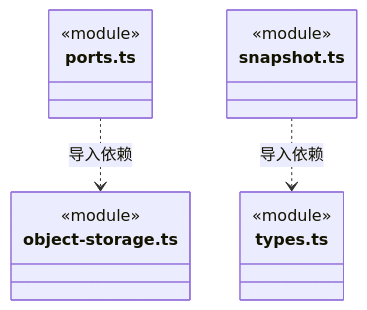
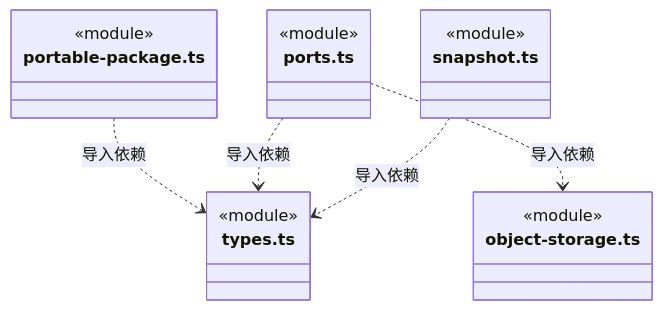
Diagram 18 of 18 in src/backend/core/knowledge/ARCHITECTURE.md (nan023062/cbim), drawn with Mermaid before and after one commit. The commit also changed other lines of this file and 240 other files, not shown here.

````diff
--- a/src/backend/core/knowledge/ARCHITECTURE.md
+++ b/src/backend/core/knowledge/ARCHITECTURE.md
@@ -341,17 +468,22 @@
 ```mermaid
 classDiagram
+class N_src_backend_core_knowledge_portable_package_ts["portable-package.ts"] {
+  <<module>>
+}
+class N_src_backend_core_knowledge_types_ts["types.ts"] {
+  <<module>>
+}
 class N_src_backend_core_knowledge_ports_ts["ports.ts"] {
   <<module>>
 }
 class N_src_backend_core_knowledge_object_storage_ts["object-storage.ts"] {
   <<module>>
 }
 class N_src_backend_core_knowledge_snapshot_ts["snapshot.ts"] {
   <<module>>
 }
-class N_src_backend_core_knowledge_types_ts["types.ts"] {
-  <<module>>
-}
+N_src_backend_core_knowledge_portable_package_ts ..> N_src_backend_core_knowledge_types_ts : 导入依赖
+N_src_backend_core_knowledge_ports_ts ..> N_src_backend_core_knowledge_types_ts : 导入依赖
 N_src_backend_core_knowledge_ports_ts ..> N_src_backend_core_knowledge_object_storage_ts : 导入依赖
 N_src_backend_core_knowledge_snapshot_ts ..> N_src_backend_core_knowledge_types_ts : 导入依赖
 ```
````
